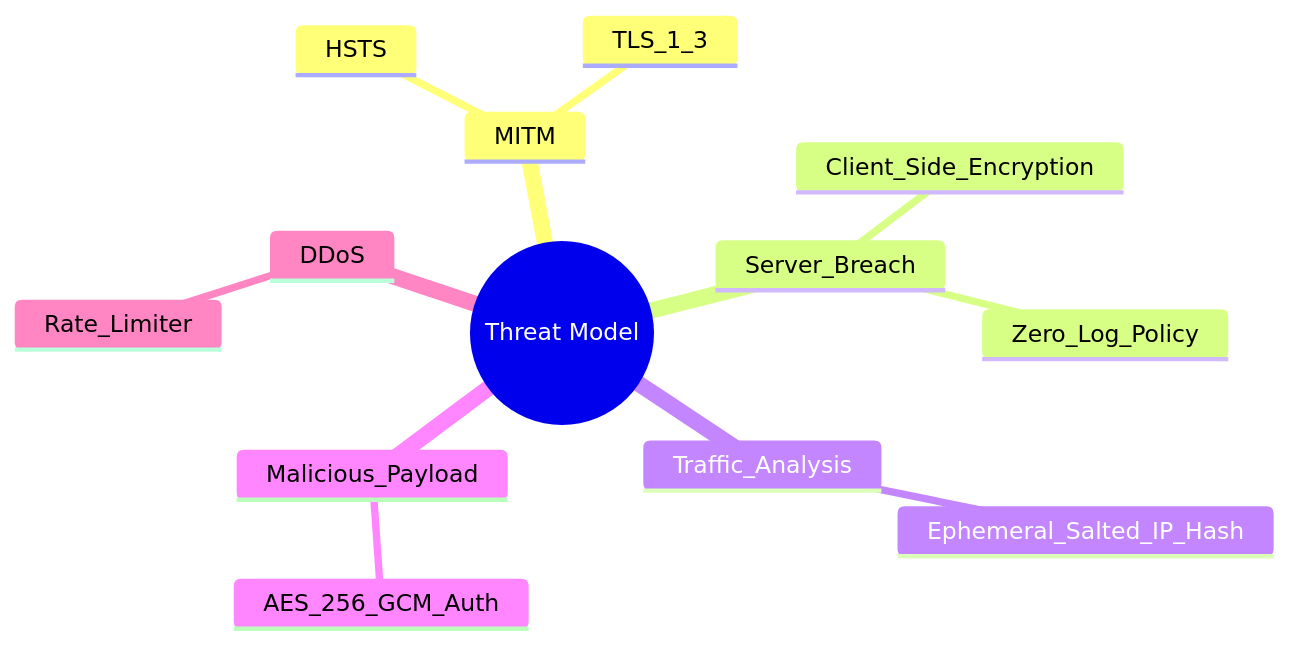
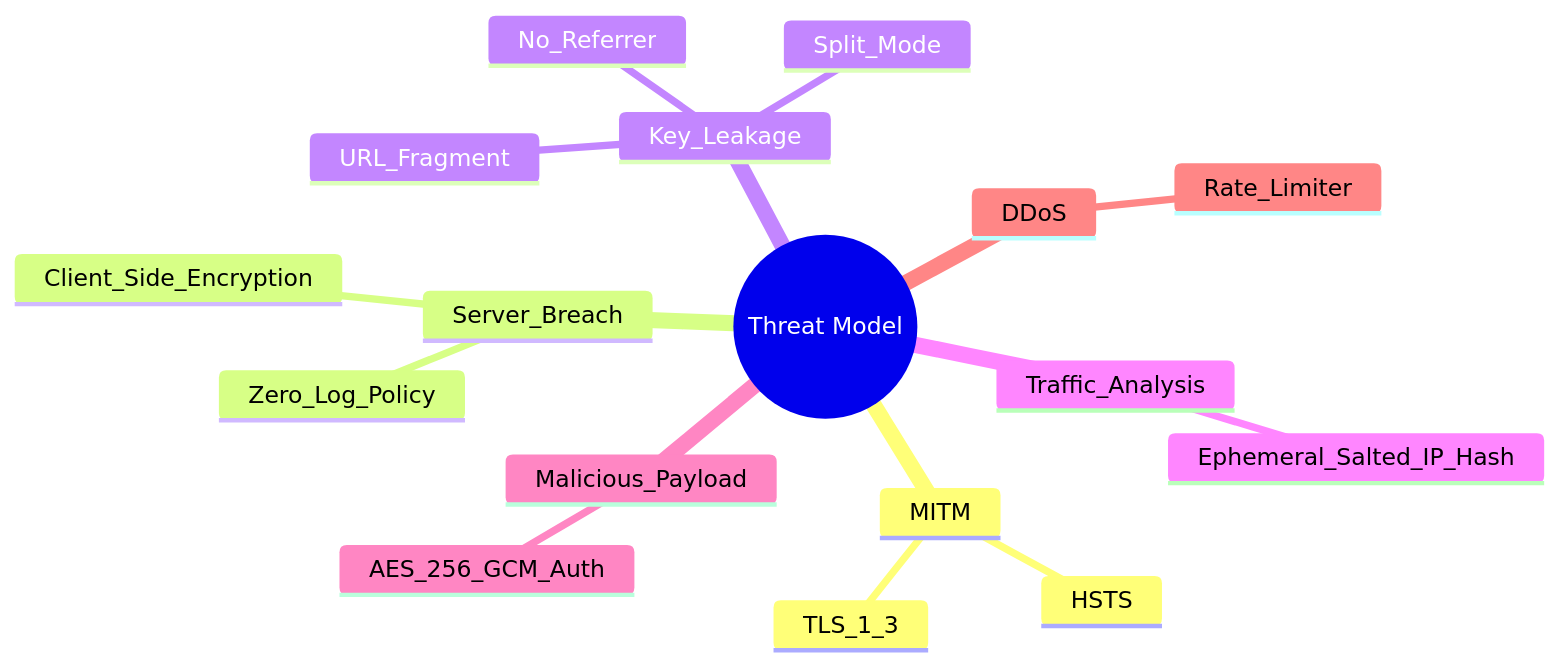
The diagram in docs/04-security-model.md (hawkeye-exe/burner-drop), drawn with Mermaid before and after one commit. The commit also changed other lines of this file and 15 other files, not shown here.

First line of the commit message:
feat: one-link sharing with URL-fragment keys, /d/[cid] recipient page, health endpoint

````diff
--- a/docs/04-security-model.md
+++ b/docs/04-security-model.md
@@ -31,16 +61,20 @@
 ```mermaid
 mindmap
   root((Threat Model))
     MITM
       TLS_1_3
       HSTS
     Server_Breach
       Client_Side_Encryption
       Zero_Log_Policy
+    Key_Leakage
+      URL_Fragment
+      No_Referrer
+      Split_Mode
     Traffic_Analysis
       Ephemeral_Salted_IP_Hash
     Malicious_Payload
       AES_256_GCM_Auth
     DDoS
       Rate_Limiter
 ```
````
